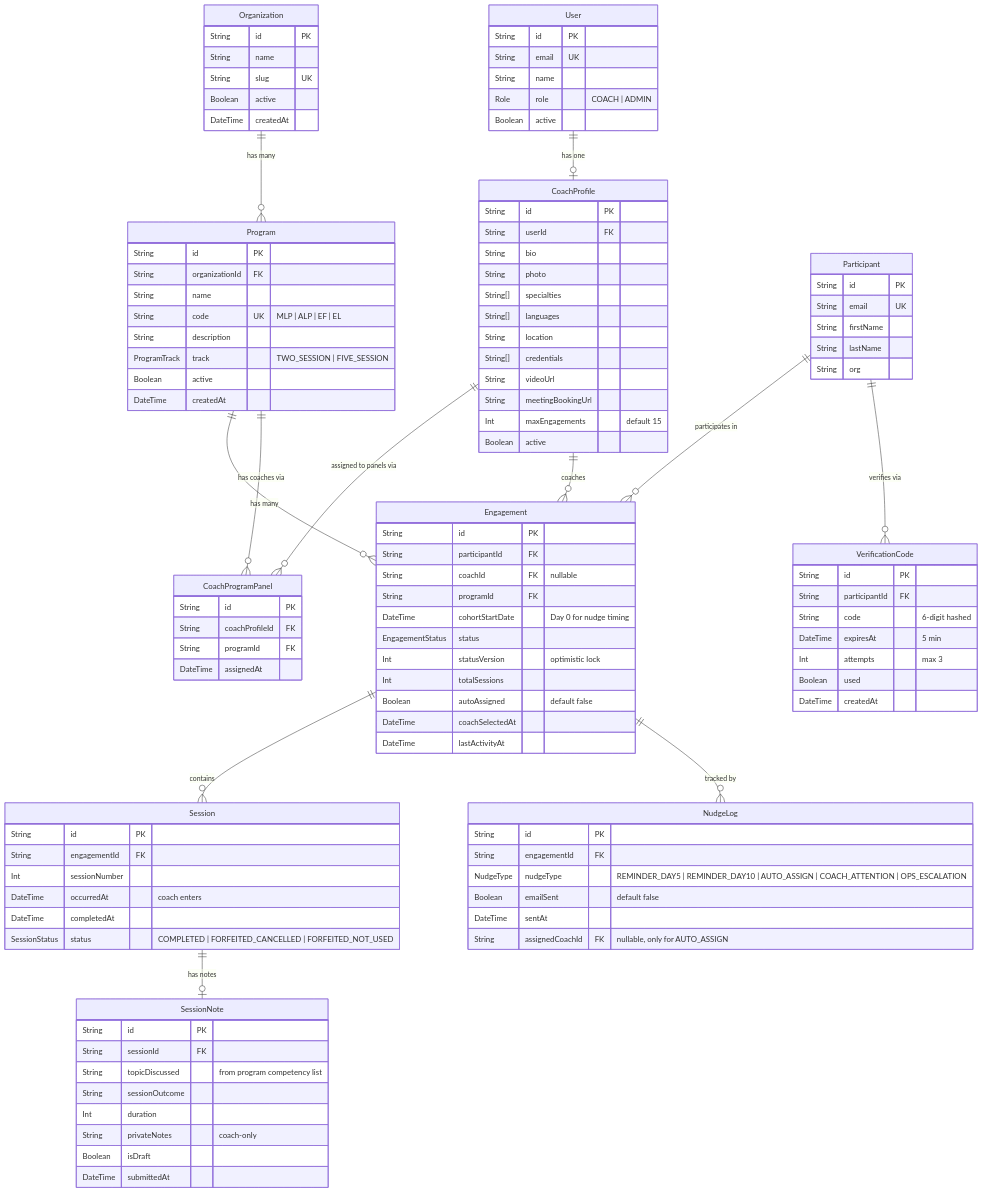
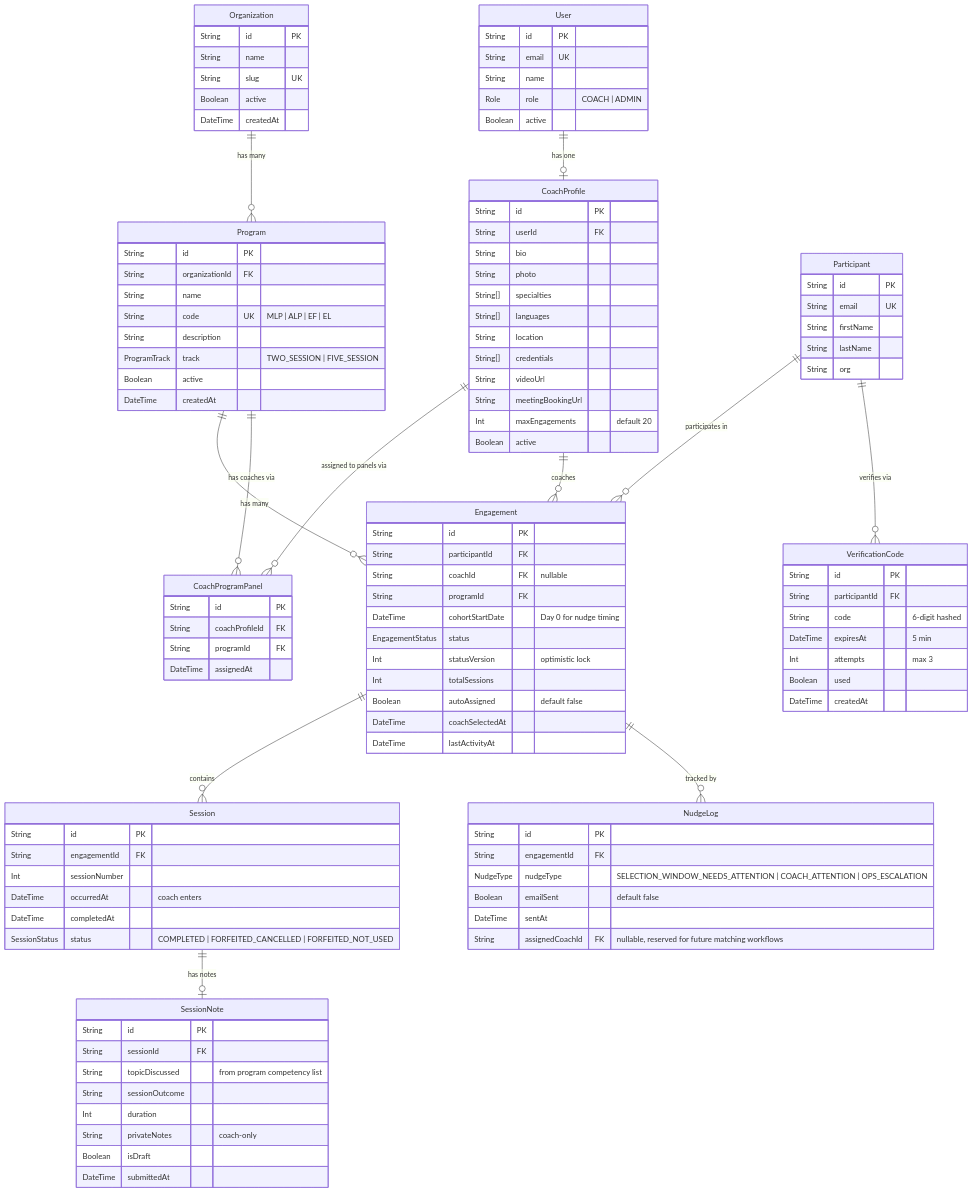
The diagram in docs/plans/2026-02-12-feat-mvp-backend-vertical-slices-plan.md (ridegoodwaves/franklin-covey), drawn with Mermaid before and after one commit. The commit also changed other lines of this file and 27 other files, not shown here.

```diff
--- a/docs/plans/2026-02-12-feat-mvp-backend-vertical-slices-plan.md
+++ b/docs/plans/2026-02-12-feat-mvp-backend-vertical-slices-plan.md
@@ -133,7 +140,7 @@
         String[] credentials
         String videoUrl
         String meetingBookingUrl
-        Int maxEngagements "default 15"
+        Int maxEngagements "default 20"
         Boolean active
     }
 
@@ -199,10 +206,10 @@
     NudgeLog {
         String id PK
         String engagementId FK
-        NudgeType nudgeType "REMINDER_DAY5 | REMINDER_DAY10 | AUTO_ASSIGN | COACH_ATTENTION | OPS_ESCALATION"
+        NudgeType nudgeType "SELECTION_WINDOW_NEEDS_ATTENTION | COACH_ATTENTION | OPS_ESCALATION"
         Boolean emailSent "default false"
         DateTime sentAt
-        String assignedCoachId FK "nullable, only for AUTO_ASSIGN"
+        String assignedCoachId FK "nullable, reserved for future matching workflows"
     }
 
     Organization ||--o{ Program : "has many"
```
